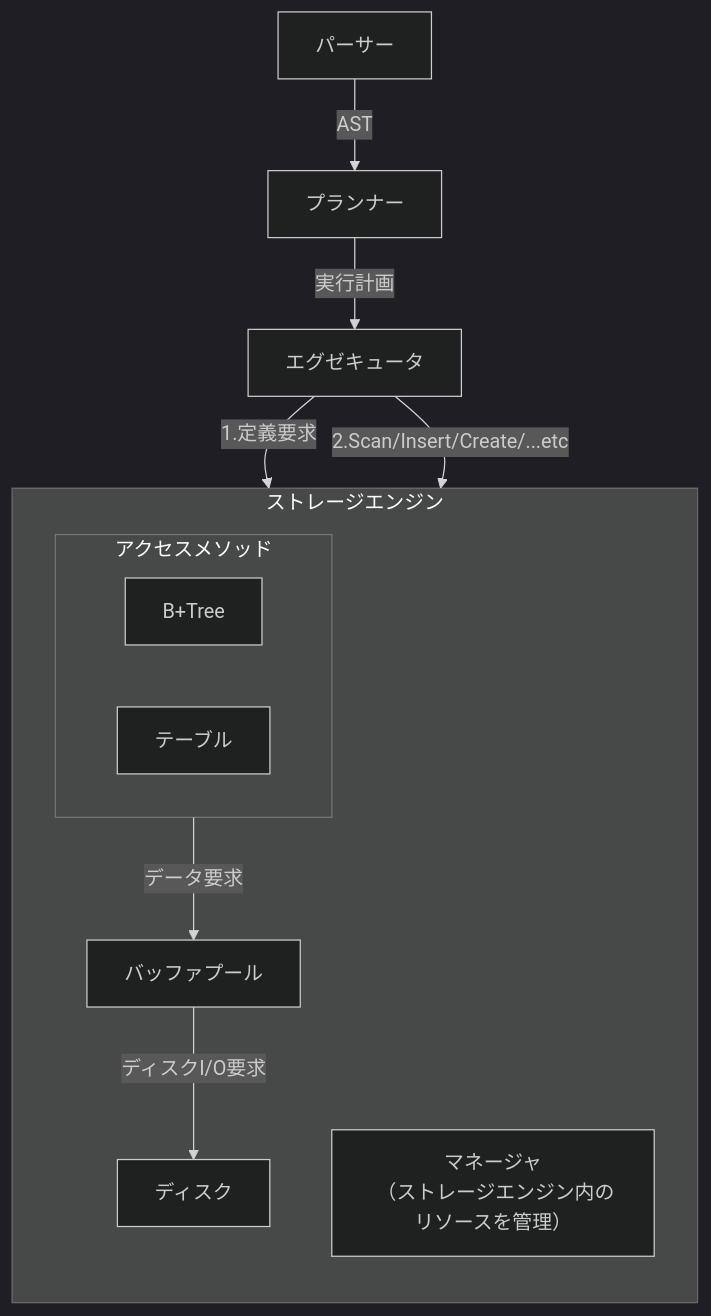
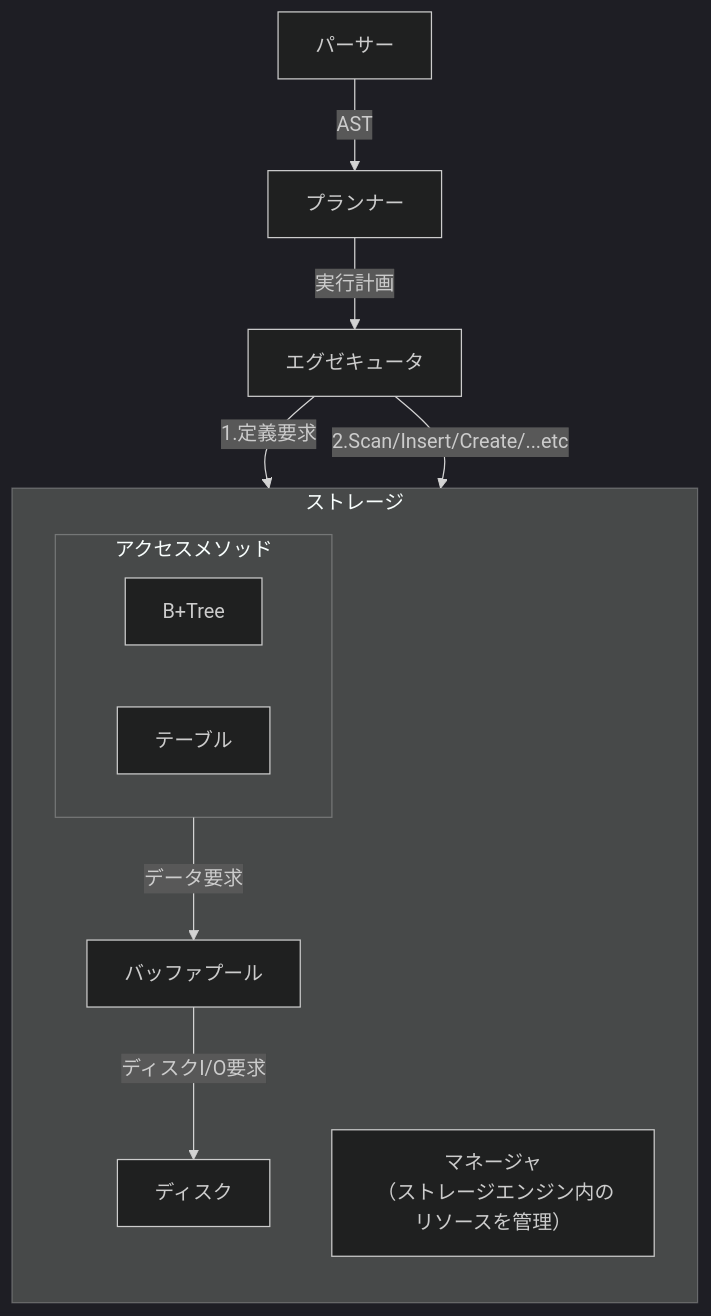
One commit to ren-yamanashi/minesql changed the diagram in docs/architecture/overview.md. Above: the diagram before and after it, drawn with Mermaid (dark theme). The commit also changed other lines of this file and 5 other files, not shown here.

````diff
--- a/docs/architecture/overview.md
+++ b/docs/architecture/overview.md
@@ -17,18 +14,18 @@
 ```mermaid
 graph TD
     parser[パーサー] --AST--> planner[プランナー]
     planner --実行計画-->executor[エグゼキュータ]
     executor --1.定義要求--> manager[マネージャ]
     executor --2.Scan/Insert/Create/...etc--> accessMethod[アクセスメソッド]
 
-    subgraph storageEngine[ストレージエンジン]
+    subgraph storageEngine[ストレージ]
         direction TB
         subgraph accessMethod[アクセスメソッド]
             b-tree[B+Tree]
             table[テーブル]
         end
         manager[マネージャ<br/> （ストレージエンジン内のリソースを管理）]
         accessMethod[アクセスメソッド] --データ要求-->bufferPool[バッファプール]
         bufferPool --ディスクI/O要求-->diskManager[ディスク]
     end
 ```
````
